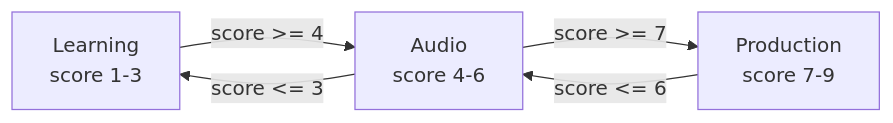
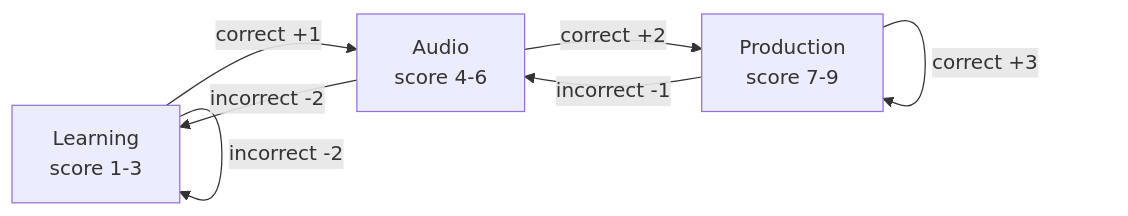
One commit to bahman-farhadian/tartarus changed the first of 2 diagrams in README.md. Above: the diagram before and after it, drawn with Mermaid. The commit also changed other lines of this file and 1 other file, not shown here.

````diff
--- a/README.md
+++ b/README.md
@@ -35,11 +26,13 @@
 ```mermaid
 flowchart LR
-    L["Learning\nscore 1-3"]
-    A["Audio\nscore 4-6"]
-    P["Production\nscore 7-9"]
+    L["Learning<br/>score 1-3"]
+    A["Audio<br/>score 4-6"]
+    P["Production<br/>score 7-9"]
 
-    L -- "score >= 4" --> A
-    A -- "score >= 7" --> P
-    A -- "score <= 3" --> L
-    P -- "score <= 6" --> A
+    L -->|correct +1| A
+    A -->|correct +2| P
+    P -->|correct +3| P
+    A -->|incorrect -2| L
+    P -->|incorrect -1| A
+    L -->|incorrect -2| L
 ```
````
